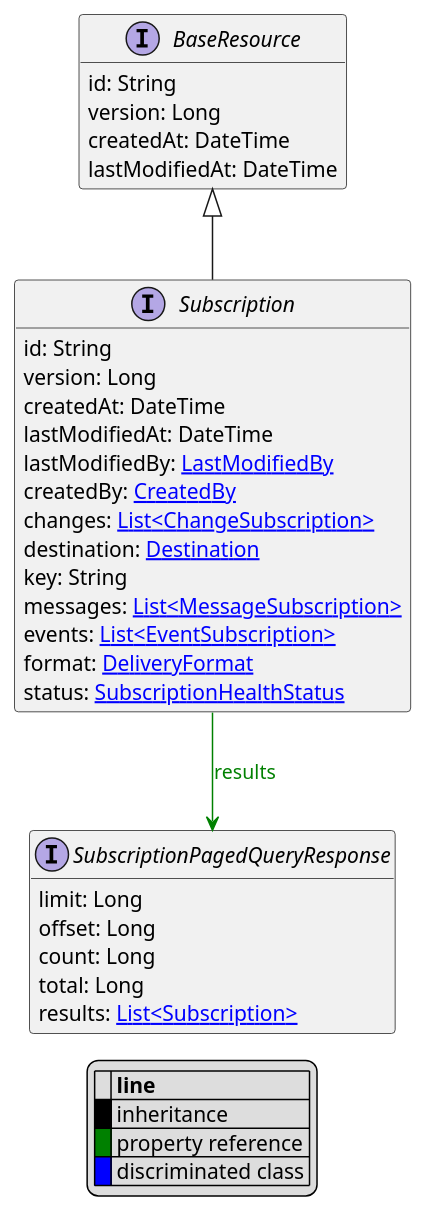
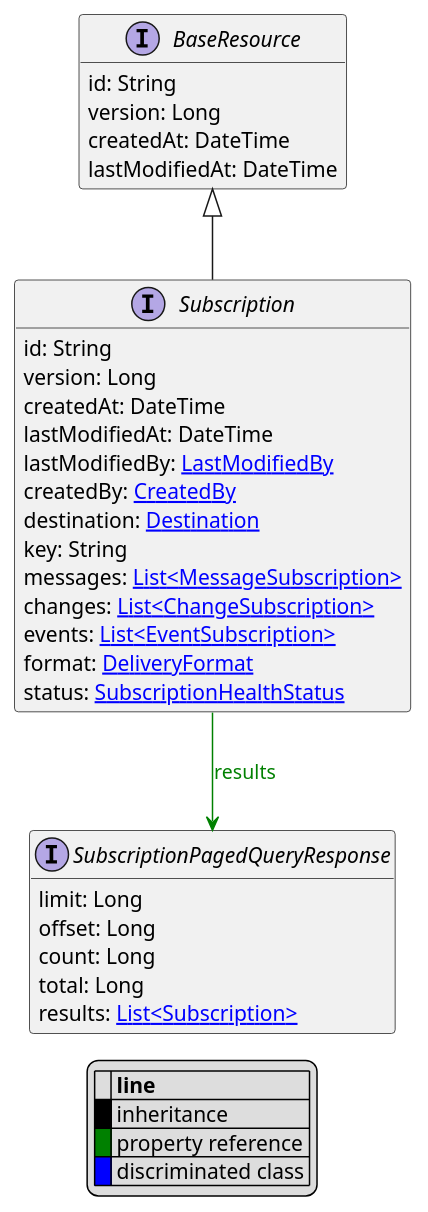
One commit to commercetools/commercetools-api-reference changed the diagram in uml/api/Subscription.puml. Above: the diagram before and after it, drawn with PlantUML. The commit also changed other lines of this file and 22 other files, not shown here.

```diff
--- a/uml/api/Subscription.puml
+++ b/uml/api/Subscription.puml
@@ -1,43 +1,43 @@
 @startuml
 
 hide empty fields
 hide empty methods
 legend
 |= |= line |
 |<back:black>   </back>| inheritance |
 |<back:green>   </back>| property reference |
 |<back:blue>   </back>| discriminated class |
 endlegend
 interface Subscription [[Subscription.svg]] extends BaseResource {
     id: String
     version: Long
     createdAt: DateTime
     lastModifiedAt: DateTime
     lastModifiedBy: [[LastModifiedBy.svg LastModifiedBy]]
     createdBy: [[CreatedBy.svg CreatedBy]]
-    changes: [[ChangeSubscription.svg List<ChangeSubscription>]]
     destination: [[Destination.svg Destination]]
     key: String
     messages: [[MessageSubscription.svg List<MessageSubscription>]]
+    changes: [[ChangeSubscription.svg List<ChangeSubscription>]]
     events: [[EventSubscription.svg List<EventSubscription>]]
     format: [[DeliveryFormat.svg DeliveryFormat]]
     status: [[SubscriptionHealthStatus.svg SubscriptionHealthStatus]]
 }
 interface BaseResource [[BaseResource.svg]]  {
     id: String
     version: Long
     createdAt: DateTime
     lastModifiedAt: DateTime
 }
 
 
 interface SubscriptionPagedQueryResponse [[SubscriptionPagedQueryResponse.svg]]  {
     limit: Long
     offset: Long
     count: Long
     total: Long
     results: [[Subscription.svg List<Subscription>]]
 }
 
 Subscription --> SubscriptionPagedQueryResponse #green;text:green : "results"
 @enduml
```
